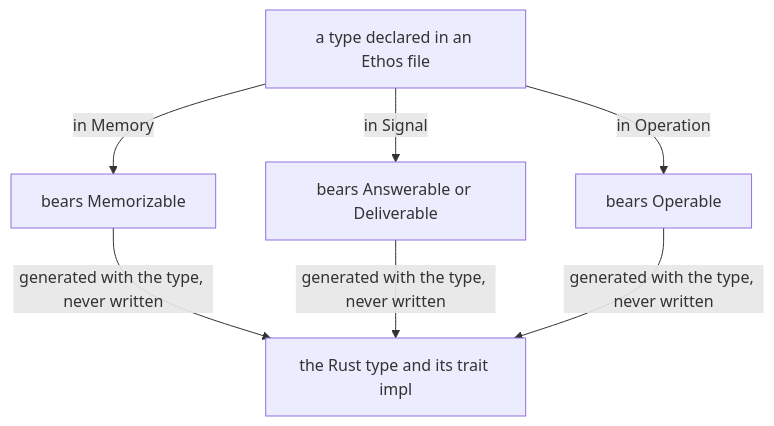
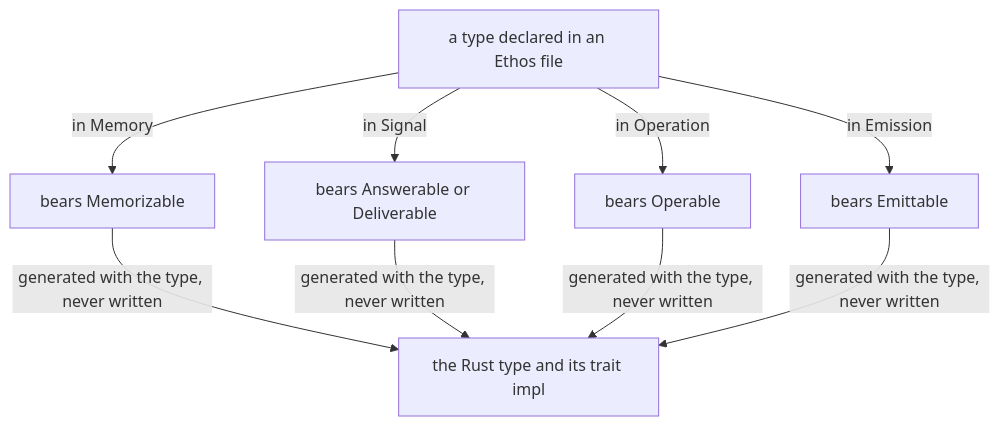
The second of 2 diagrams in vision/ethos.md (LiGoldragon/psyche-belief), drawn with Mermaid before and after one commit. The commit also changed other lines of this file and 1 other file, not shown here.

First line of the commit message:
vision:ethos: five roots, Emission among them, bearing Emittable and importing a Signal's Input and Output; vision:short:ethos: Emission written as a Signal meanwhile (04df39 ethos-emission)

````diff
--- a/vision/ethos.md
+++ b/vision/ethos.md
@@ -540,9 +540,11 @@
 ```mermaid
 flowchart TB
     a["a type declared in an Ethos file"] -- "in Memory" --> b["bears Memorizable"]
     a -- "in Signal" --> c["bears Answerable or Deliverable"]
     a -- "in Operation" --> d["bears Operable"]
+    a -- "in Emission" --> f["bears Emittable"]
     b -- "generated with the type, never written" --> e["the Rust type and its trait impl"]
     c -- "generated with the type, never written" --> e
     d -- "generated with the type, never written" --> e
+    f -- "generated with the type, never written" --> e
 ```
````
